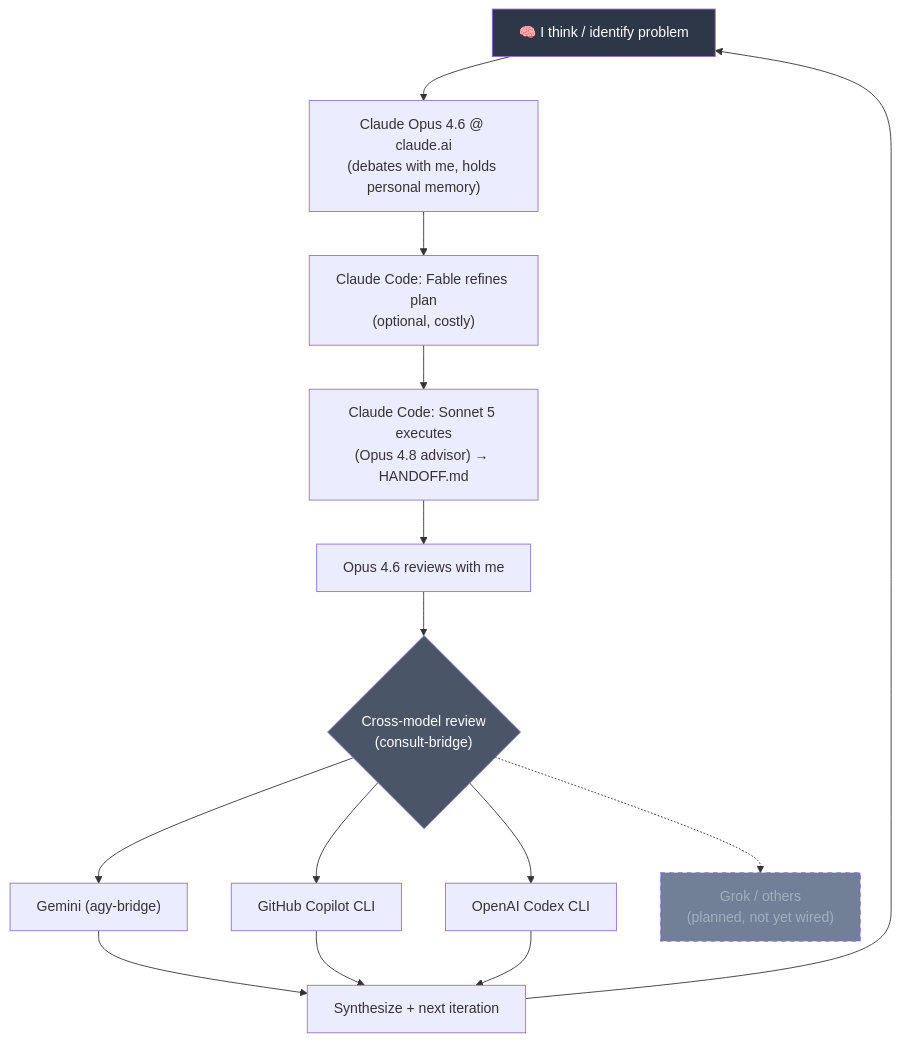
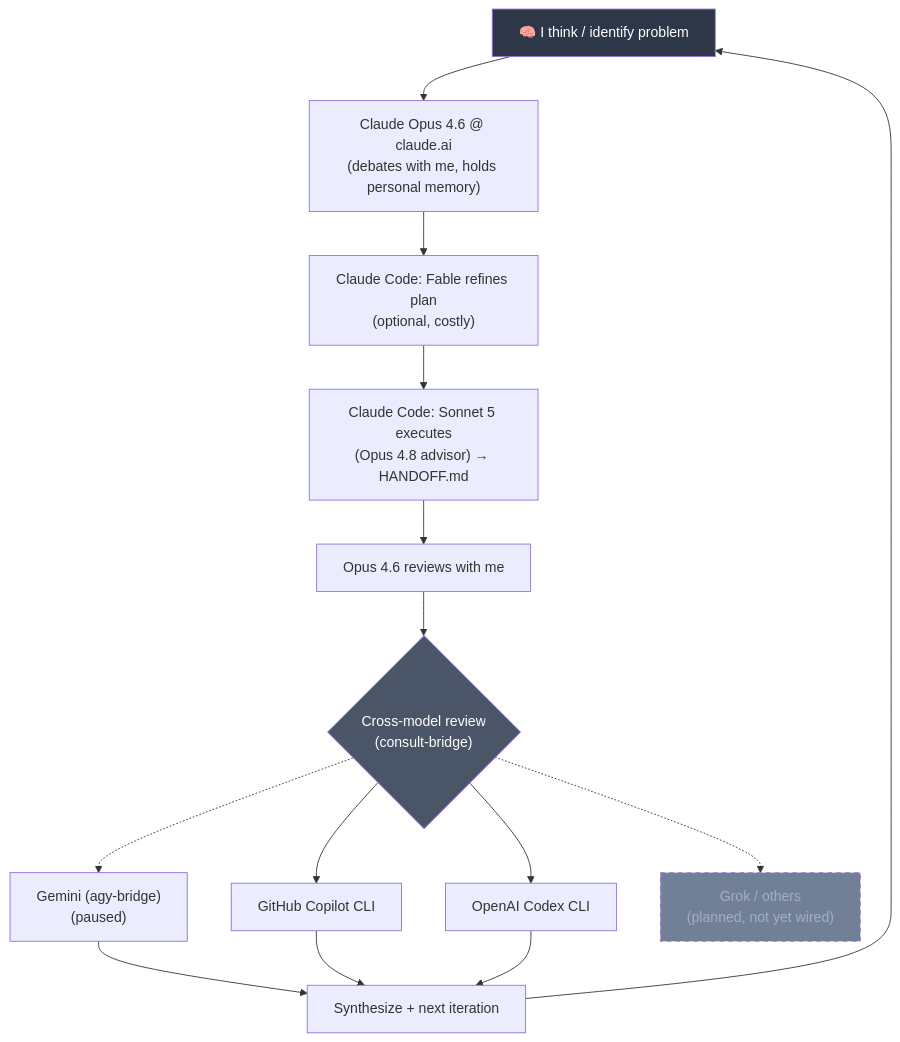
One commit to Hydr0neFN/claude-bridges changed the diagram in README.md. Above: the diagram before and after it, drawn with Mermaid. The commit also changed other lines of this file and 13 other files, not shown here.

````diff
--- a/README.md
+++ b/README.md
@@ -11,18 +11,18 @@
 ```mermaid
 flowchart TD
     A["🧠 I think / identify problem"] --> B["Claude Opus 4.6 @ claude.ai<br/>(debates with me, holds personal memory)"]
     B --> C["Claude Code: Fable refines plan<br/>(optional, costly)"]
     C --> D["Claude Code: Sonnet 5 executes<br/>(Opus 4.8 advisor) → HANDOFF.md"]
     D --> E["Opus 4.6 reviews with me"]
     E --> F{"Cross-model review<br/>(consult-bridge)"}
-    F --> G["Gemini (agy-bridge)"]
+    F -.-> G["Gemini (agy-bridge)<br/>(paused)"]
     F --> H["GitHub Copilot CLI"]
     F --> I["OpenAI Codex CLI"]
     F -.-> J["Grok / others<br/>(planned, not yet wired)"]
     G & H & I --> K["Synthesize + next iteration"]
     K --> A
 
     style A fill:#2d3748,color:#fff
     style F fill:#4a5568,color:#fff
     style J fill:#718096,color:#a0aec0,stroke-dasharray: 5 5
 ```
````
